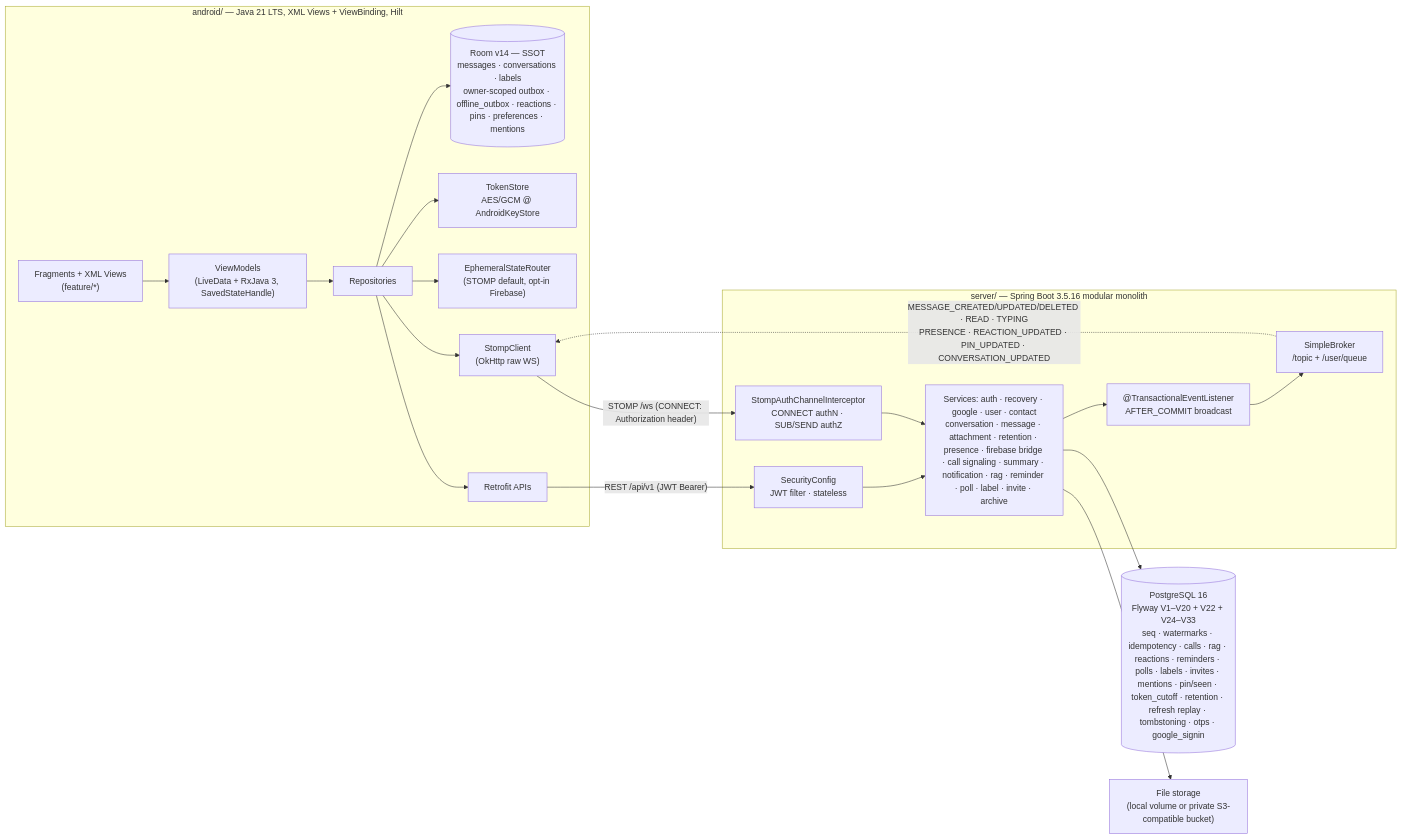
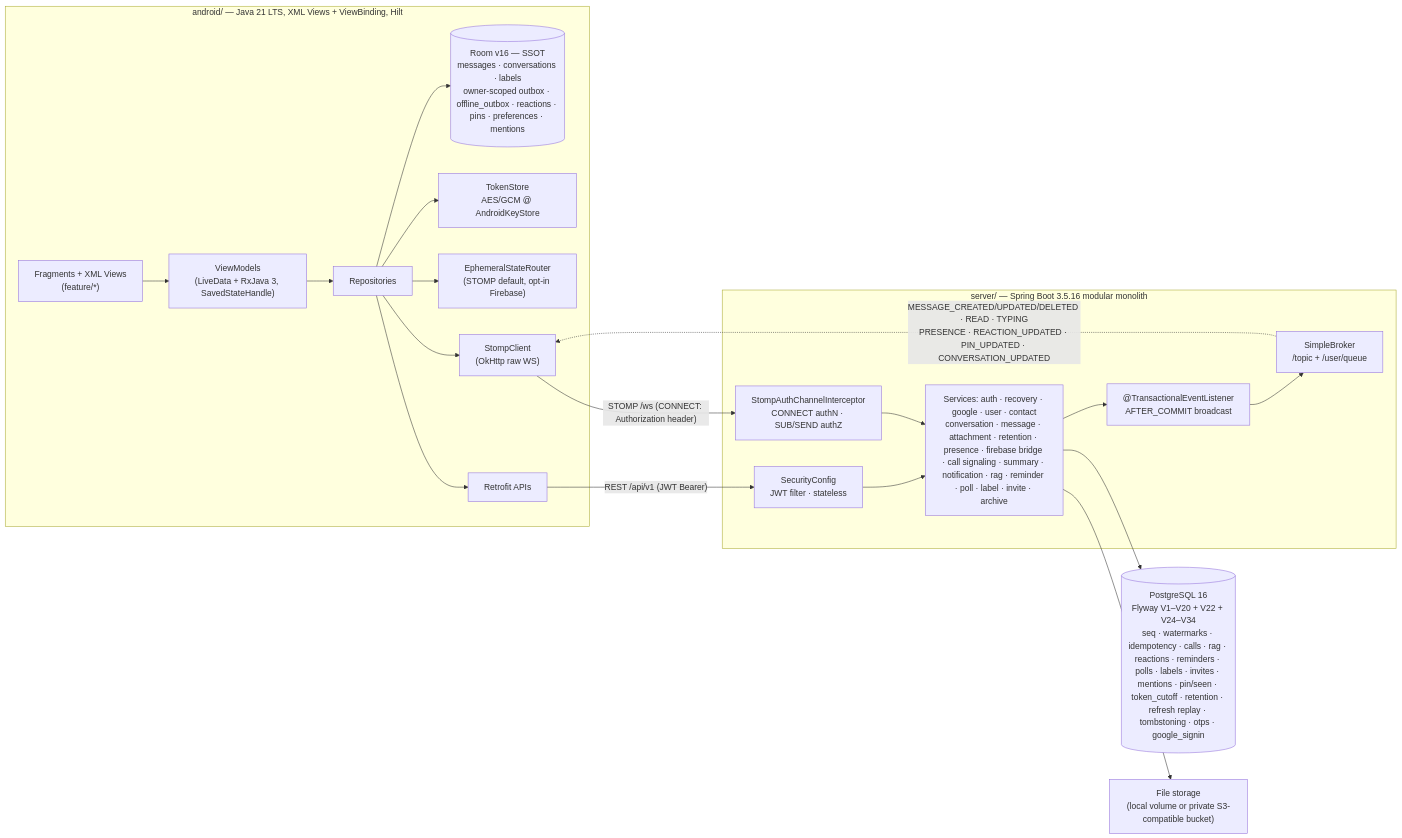
One commit to JasonTM17/Nexachat_AppJ changed the diagram in README.md. Above: the diagram before and after it, drawn with Mermaid. The commit also changed other lines of this file and 2 other files, not shown here.

First line of the commit message:
docs: update Room to v16, Flyway to V34, and document direct-chat E2EE

````diff
--- a/README.md
+++ b/README.md
@@ -129,30 +130,30 @@
 ```mermaid
 flowchart LR
     subgraph Android["android/ — Java 21 LTS, XML Views + ViewBinding, Hilt"]
         UI["Fragments + XML Views<br/>(feature/*)"] --> VM["ViewModels<br/>(LiveData + RxJava 3, SavedStateHandle)"]
         VM --> REPO["Repositories"]
-        REPO --> ROOM[("Room v14 — SSOT<br/>messages · conversations · labels<br/>owner-scoped outbox · offline_outbox · reactions · pins · preferences · mentions")]
+        REPO --> ROOM[("Room v16 — SSOT<br/>messages · conversations · labels<br/>owner-scoped outbox · offline_outbox · reactions · pins · preferences · mentions")]
         REPO --> TS["TokenStore<br/>AES/GCM @ AndroidKeyStore"]
         REPO --> ROUTER["EphemeralStateRouter<br/>(STOMP default, opt-in Firebase)"]
         REPO --> ST["StompClient<br/>(OkHttp raw WS)"]
         REPO --> RT["Retrofit APIs"]
     end
 
     subgraph Server["server/ — Spring Boot 3.5.16 modular monolith"]
         SEC["SecurityConfig<br/>JWT filter · stateless"]
         INT["StompAuthChannelInterceptor<br/>CONNECT authN · SUB/SEND authZ"]
         SVC["Services: auth · recovery · google · user · contact<br/>conversation · message · attachment · retention · presence · firebase bridge · call signaling · summary · notification · rag · reminder · poll · label · invite · archive"]
         EVT["@TransactionalEventListener<br/>AFTER_COMMIT broadcast"]
         BR["SimpleBroker<br/>/topic + /user/queue"]
     end
 
-    DB[("PostgreSQL 16<br/>Flyway V1–V20 + V22 + V24–V33<br/>seq · watermarks · idempotency · calls · rag · reactions · reminders · polls · labels · invites · mentions · pin/seen · token_cutoff · retention · refresh replay · tombstoning · otps · google_signin")]
+    DB[("PostgreSQL 16<br/>Flyway V1–V20 + V22 + V24–V34<br/>seq · watermarks · idempotency · calls · rag · reactions · reminders · polls · labels · invites · mentions · pin/seen · token_cutoff · retention · refresh replay · tombstoning · otps · google_signin")]
     STORAGE["File storage<br/>(local volume or private S3-compatible bucket)"]
 
     RT -- "REST /api/v1 (JWT Bearer)" --> SEC --> SVC
     ST -- "STOMP /ws (CONNECT: Authorization header)" --> INT --> SVC
     SVC --> DB
     SVC --> STORAGE
     SVC --> EVT --> BR
     BR -. "MESSAGE_CREATED/UPDATED/DELETED · READ · TYPING<br/>PRESENCE · REACTION_UPDATED · PIN_UPDATED · CONVERSATION_UPDATED" .-> ST
 ```
````
